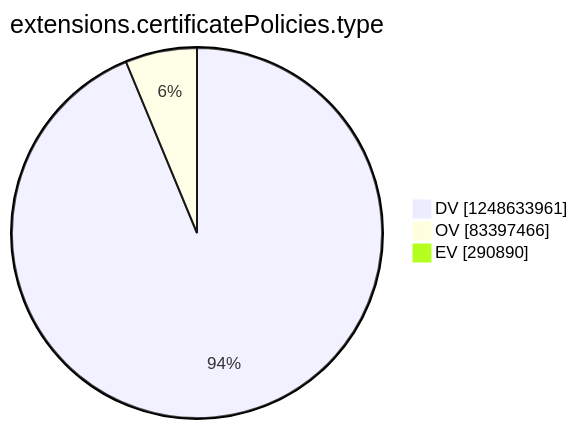
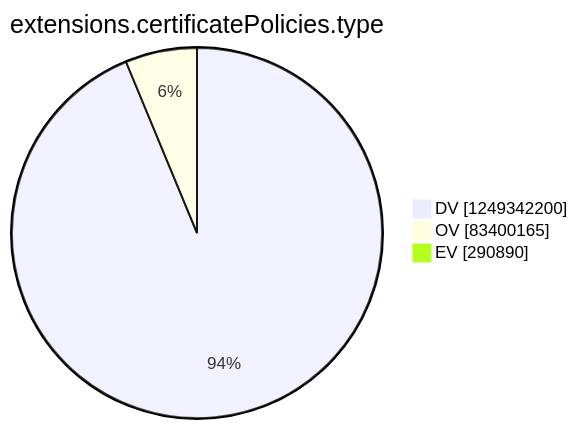
The tenth of 15 diagrams in argon2022/README.md (christiankrug/ctmonitor_visualization), drawn with Mermaid before and after one commit. The commit also changed other lines of this file, not shown here.

````diff
--- a/argon2022/README.md
+++ b/argon2022/README.md
@@ -2771,7 +2771,7 @@
 ```mermaid
 pie showData
 title extensions.certificatePolicies.type
-"DV" :1248633961
-"OV" :83397466
+"DV" :1249342200
+"OV" :83400165
 "EV" :290890
 ```
````
